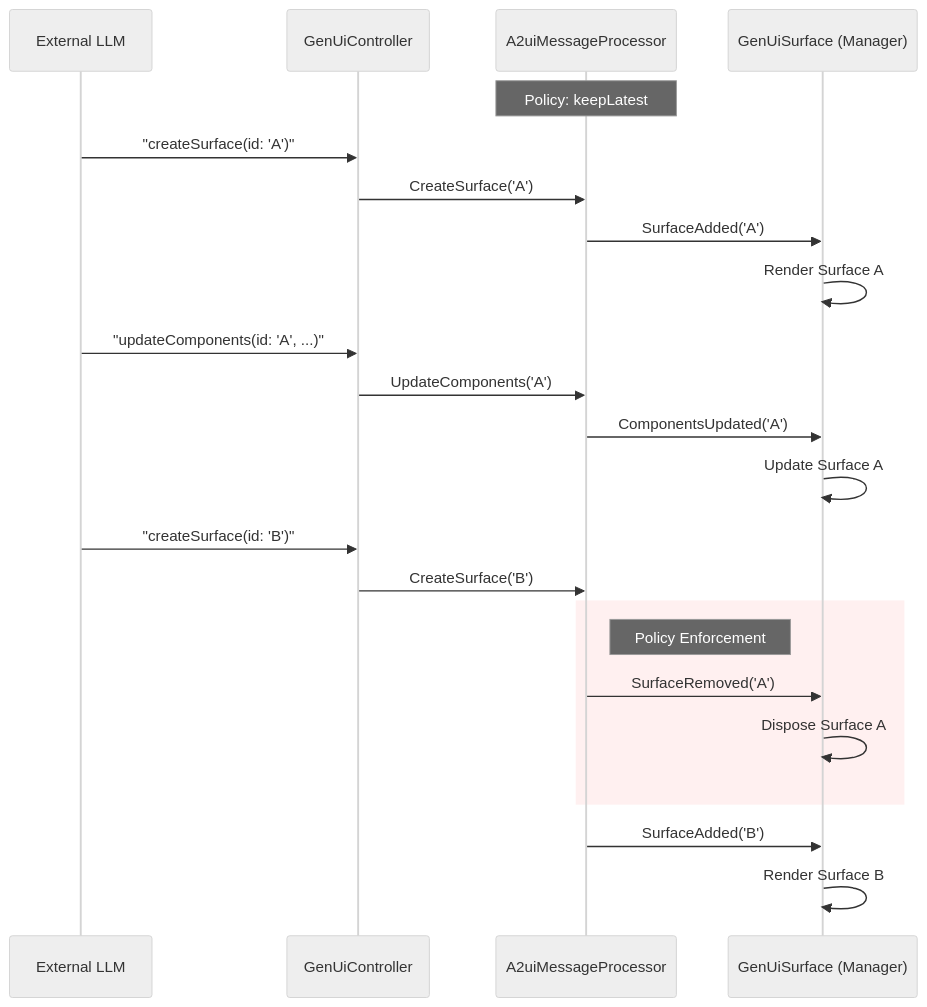
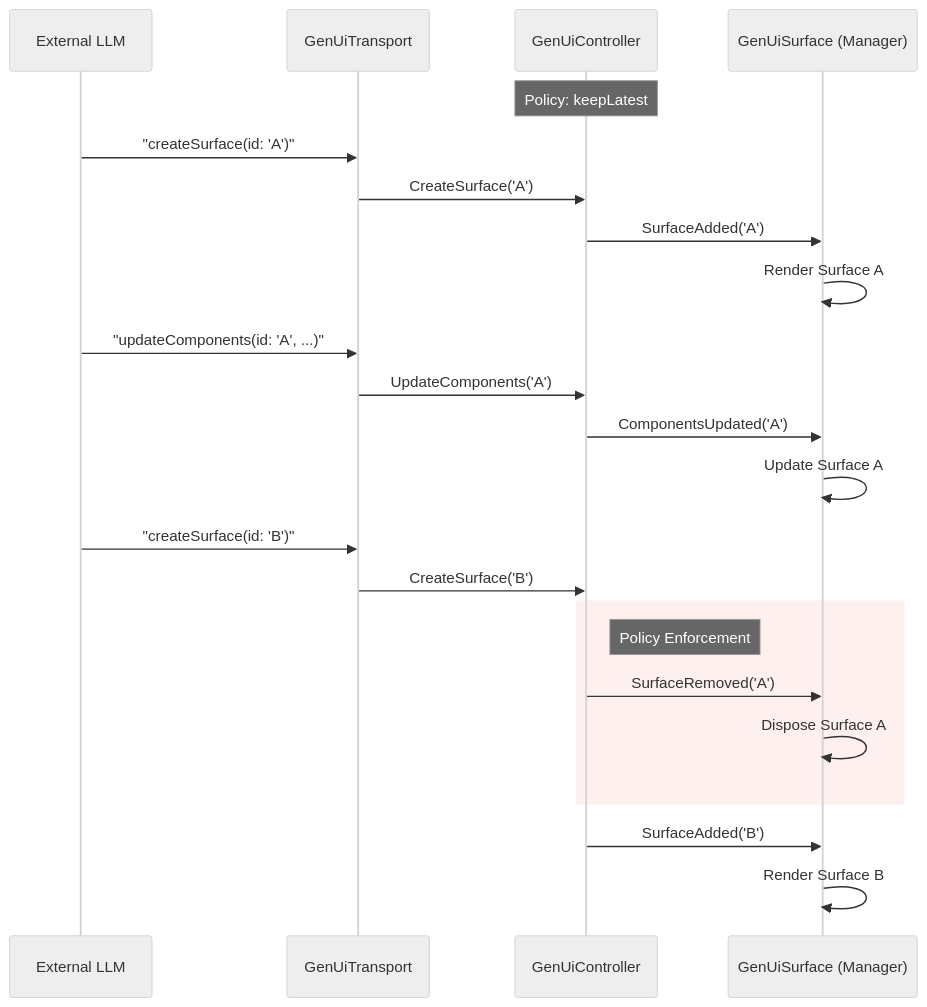
Before and after one commit to polina-c/genui: the fourth of 4 diagrams in packages/genui/docs/Design_Proposal.md, drawn with Mermaid (neutral theme). The commit also changed other lines of this file and 7 other files, not shown here.

First line of the commit message:
docs: update architecture docs to reflect v0.9 transport layer

````diff
--- a/packages/genui/docs/Design_Proposal.md
+++ b/packages/genui/docs/Design_Proposal.md
@@ -278,31 +294,31 @@
 ```mermaid
 sequenceDiagram
     participant LLM as External LLM
+    participant Transport as GenUiTransport
     participant Controller as GenUiController
-    participant Processor as A2uiMessageProcessor
     participant UI as GenUiSurface (Manager)
 
-    Note over Processor: Policy: keepLatest
+    Note over Controller: Policy: keepLatest
 
-    LLM->>Controller: "createSurface(id: 'A')"
-    Controller->>Processor: CreateSurface('A')
-    Processor->>UI: SurfaceAdded('A')
+    LLM->>Transport: "createSurface(id: 'A')"
+    Transport->>Controller: CreateSurface('A')
+    Controller->>UI: SurfaceAdded('A')
     UI->>UI: Render Surface A
 
-    LLM->>Controller: "updateComponents(id: 'A', ...)"
-    Controller->>Processor: UpdateComponents('A')
-    Processor->>UI: ComponentsUpdated('A')
+    LLM->>Transport: "updateComponents(id: 'A', ...)"
+    Transport->>Controller: UpdateComponents('A')
+    Controller->>UI: ComponentsUpdated('A')
     UI->>UI: Update Surface A
 
-    LLM->>Controller: "createSurface(id: 'B')"
-    Controller->>Processor: CreateSurface('B')
+    LLM->>Transport: "createSurface(id: 'B')"
+    Transport->>Controller: CreateSurface('B')
 
     rect rgb(255, 240, 240)
-        Note right of Processor: Policy Enforcement
-        Processor->>UI: SurfaceRemoved('A')
+        Note right of Controller: Policy Enforcement
+        Controller->>UI: SurfaceRemoved('A')
         UI->>UI: Dispose Surface A
     end
 
-    Processor->>UI: SurfaceAdded('B')
+    Controller->>UI: SurfaceAdded('B')
     UI->>UI: Render Surface B
 ```
````
